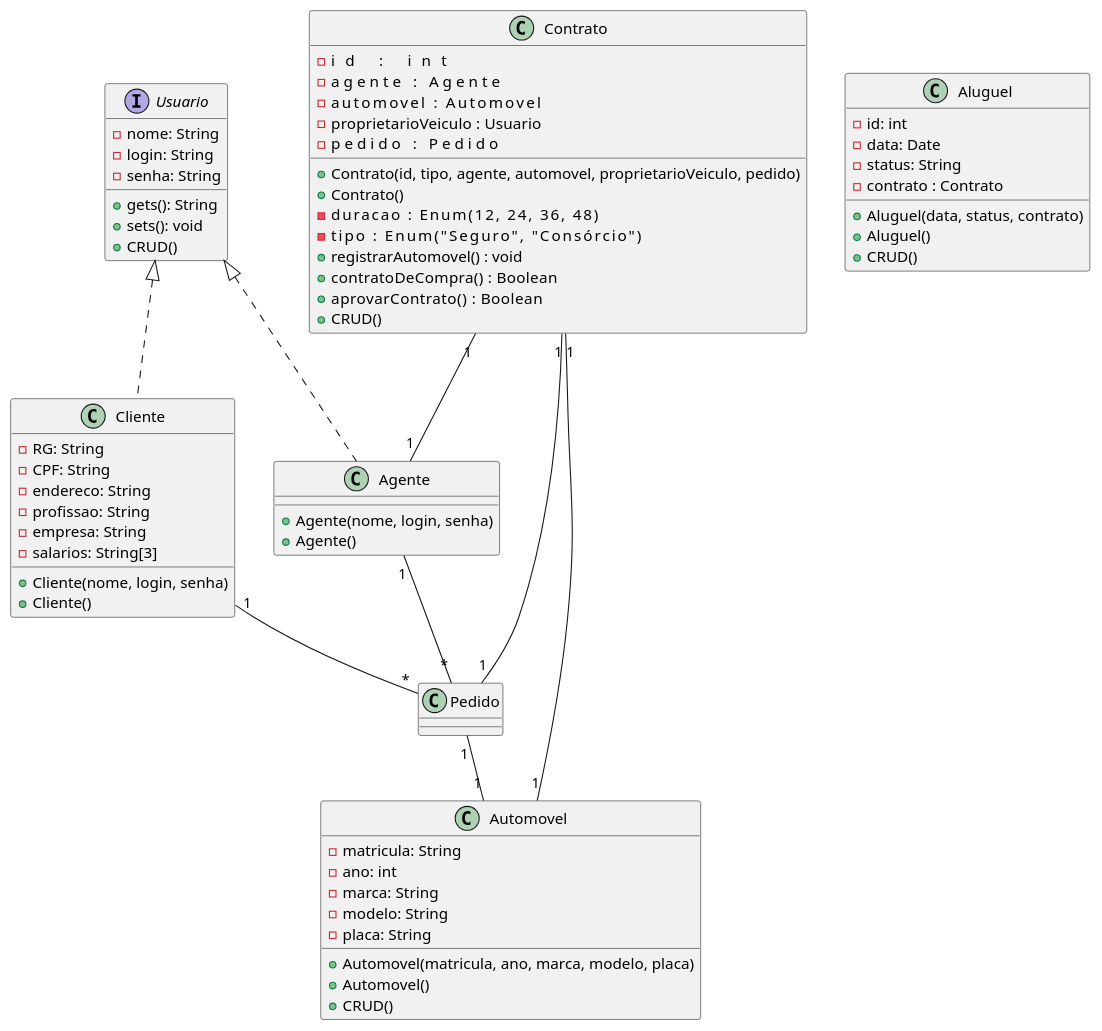
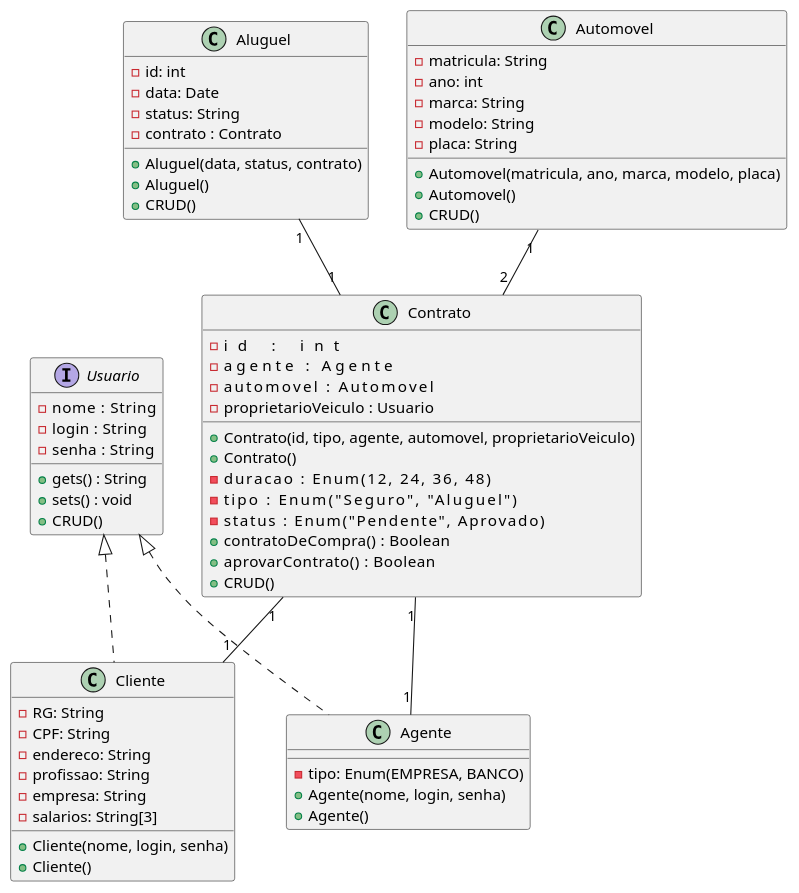
The diagram in Lab02-Desenv-Software/projeto/Diagrama de Classes/Diagrama_de_Classe.puml (Artureba/Lab02_LDS), drawn with PlantUML before and after one commit. The commit also changed 1 other file, not shown here.

Commit message:
Atualização Caso de uso e Diagrama de Classe

```diff
--- a/Lab02-Desenv-Software/projeto/Diagrama de Classes/Diagrama_de_Classe.puml
+++ b/Lab02-Desenv-Software/projeto/Diagrama de Classes/Diagrama_de_Classe.puml
@@ -1,74 +1,73 @@
 @startuml Sistema de Aluguel de Carros
 
 interface Usuario{
-    -nome: String
-    -login: String
-    -senha: String
-    +gets(): String
-    +sets(): void
+    -nome   : String
+    -login  : String
+    -senha  : String
+    +gets() : String
+    +sets() : void
     +CRUD()
 }
 
 class Cliente implements Usuario {
     +Cliente(nome, login, senha)
     +Cliente()
     -RG: String
     -CPF: String
     -endereco: String
     -profissao: String
     -empresa: String
     -salarios: String[3]
 }
 
 
 class Aluguel {
     +Aluguel(data, status, contrato)
     +Aluguel()
     -id: int
     -data: Date
     -status: String
     -contrato : Contrato
 
     +CRUD()
 }
 
 class Agente implements Usuario{
+   -tipo: Enum(EMPRESA, BANCO)
    +Agente(nome, login, senha)
    +Agente()
 }
 
 class Automovel {
     +Automovel(matricula, ano, marca, modelo, placa)
     +Automovel()
     -matricula: String
     -ano: int
     -marca: String
     -modelo: String
     -placa: String
     +CRUD()
 }
 
 class Contrato {
-    +Contrato(id, tipo, agente, automovel, proprietarioVeiculo, pedido)
+    +Contrato(id, tipo, agente, automovel, proprietarioVeiculo)
     +Contrato()
     -id                   : int
     -duracao              : Enum(12, 24, 36, 48)
-    -tipo                 : Enum("Seguro", "Consórcio")
+    -tipo                 : Enum("Seguro", "Aluguel")
     -agente               : Agente
     -automovel            : Automovel
+    -status               : Enum("Pendente", Aprovado)
     -proprietarioVeiculo  : Usuario
-    -pedido               : Pedido
-    +registrarAutomovel() : void
     +contratoDeCompra()   : Boolean
     +aprovarContrato()    : Boolean
     +CRUD()
 }
 
-Cliente "1" -- "*" Pedido
-Agente "1" -- "*" Pedido
-Pedido "1" -- "1" Automovel
-Contrato "1" -- "1" Pedido
-Contrato "1" -- "1" Agente
-Contrato "1" -- "1" Automovel
 
+Contrato  "1" -- "1" Agente
+Contrato  "1" -- "1" Cliente
+Automovel "1" -- "2" Contrato
+Aluguel   "1" -- "1" Contrato
+ 
 @enduml
```
